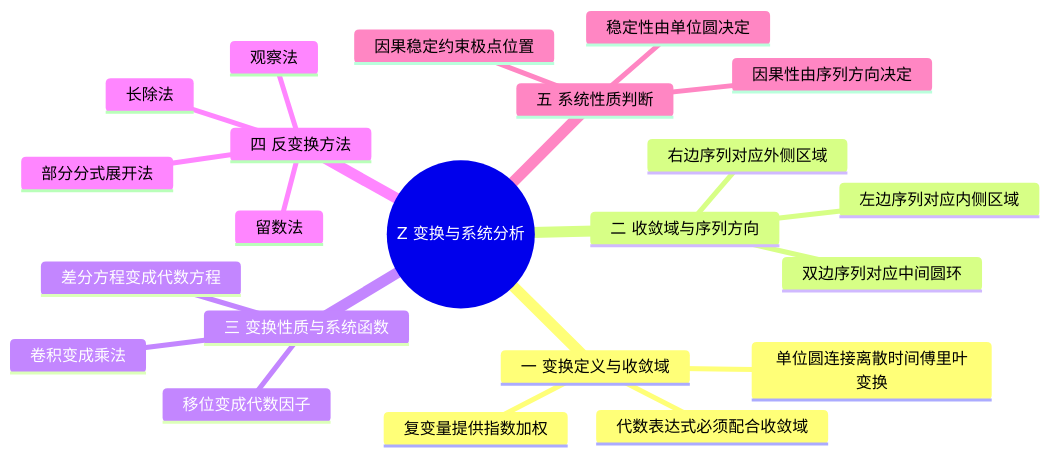
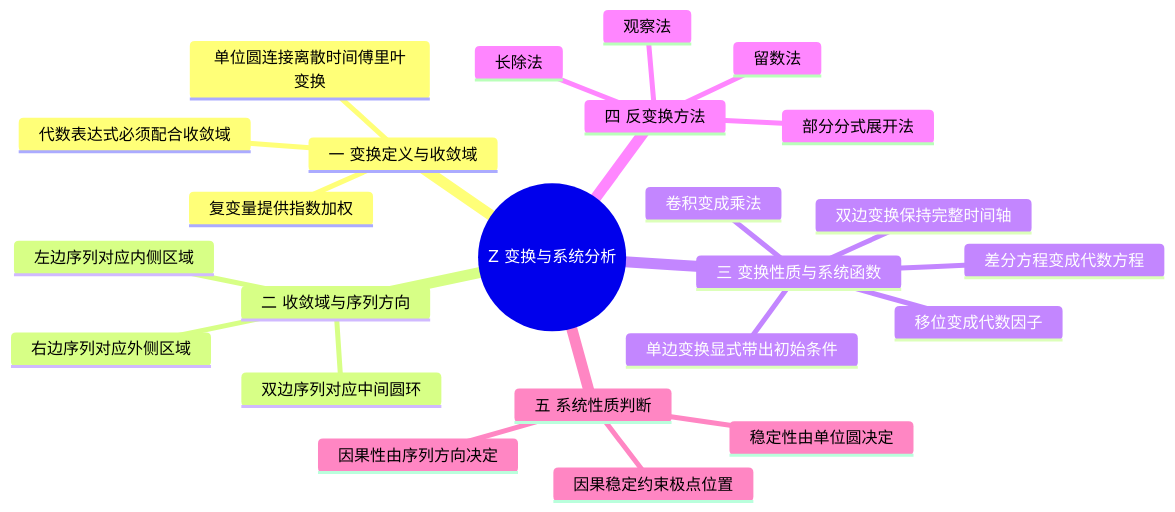
Before and after one commit to 3280441136-lab/My_Obsidian_Notes: the first of 4 diagrams in 学习/学校课程/数字信号处理（3学分）/06 第6课 Z变换、收敛域与系统函数.md, drawn with Mermaid. The commit also changed other lines of this file and 1 other file, not shown here.

````diff
--- a/学习/学校课程/数字信号处理（3学分）/06 第6课 Z变换、收敛域与系统函数.md
+++ b/学习/学校课程/数字信号处理（3学分）/06 第6课 Z变换、收敛域与系统函数.md
@@ -5,25 +5,27 @@
 ```mermaid
 mindmap
   root((Z 变换与系统分析))
     一 变换定义与收敛域
       复变量提供指数加权
       代数表达式必须配合收敛域
       单位圆连接离散时间傅里叶变换
     二 收敛域与序列方向
       右边序列对应外侧区域
       左边序列对应内侧区域
       双边序列对应中间圆环
     三 变换性质与系统函数
       移位变成代数因子
       卷积变成乘法
       差分方程变成代数方程
+      双边变换保持完整时间轴
+      单边变换显式带出初始条件
     四 反变换方法
       观察法
       长除法
       部分分式展开法
       留数法
     五 系统性质判断
       因果性由序列方向决定
       稳定性由单位圆决定
       因果稳定约束极点位置
 ```
````
